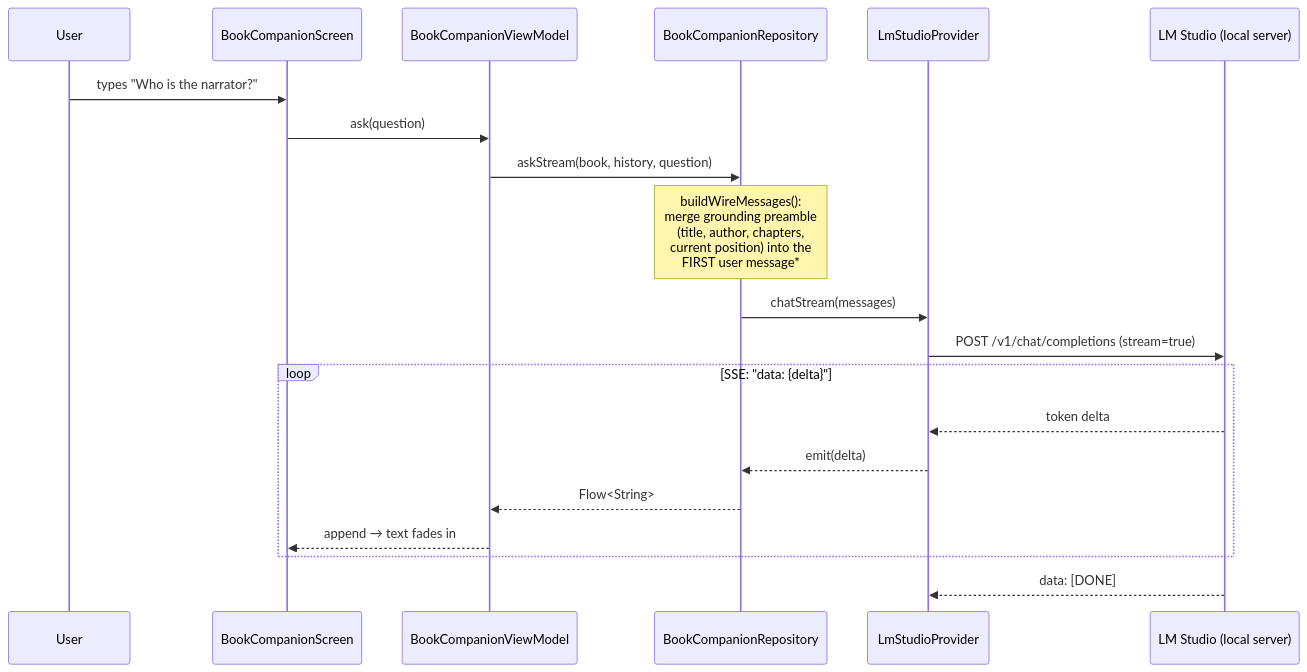
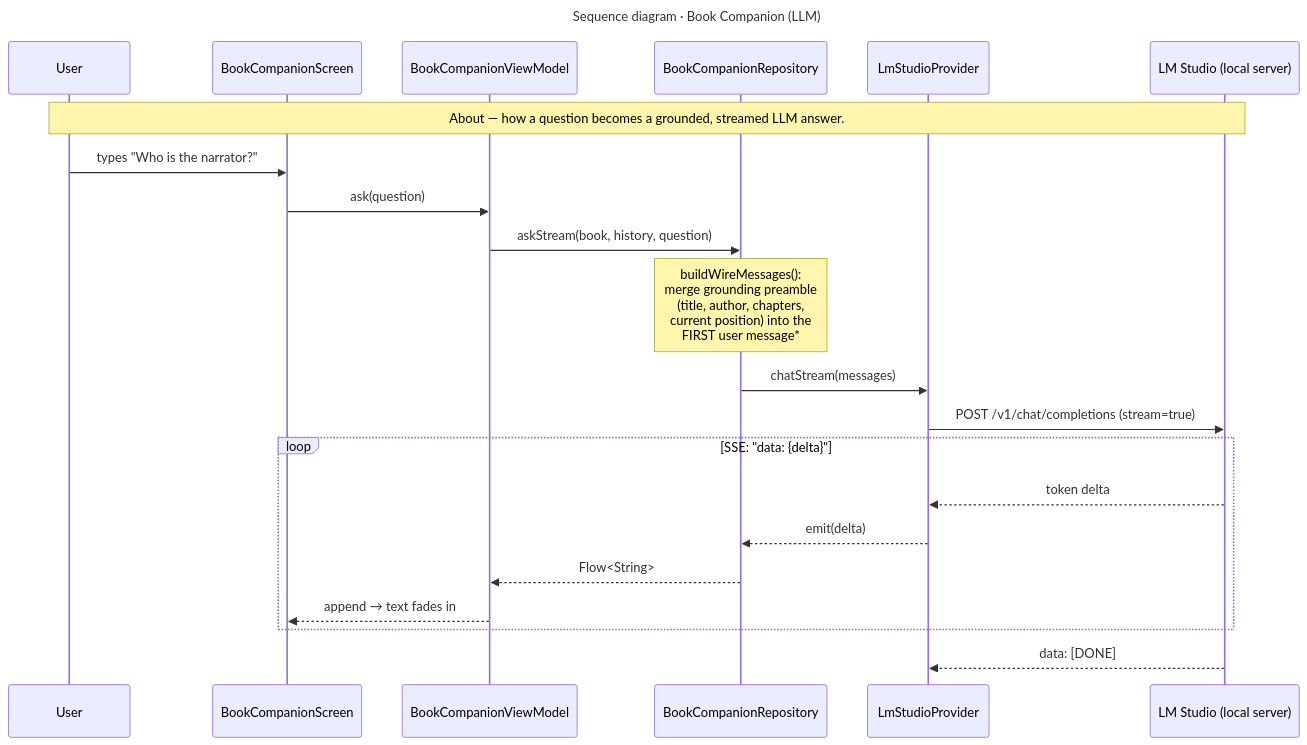
Before and after one commit to DICEsda/Mobile-Application-Development-COURSE: the fifth of 9 diagrams in Final Submission Project/ARCHITECTURE.md, drawn with Mermaid. The commit also changed other lines of this file and 9 other files, not shown here.

First line of the commit message:
docs: add in-image titles (graph type) and an About card to each diagram

````diff
--- a/Final Submission Project/ARCHITECTURE.md
+++ b/Final Submission Project/ARCHITECTURE.md
@@ -219,23 +241,27 @@
 ```mermaid
+---
+title: "Sequence diagram · Book Companion (LLM)"
+---
 sequenceDiagram
     participant U as User
     participant CS as BookCompanionScreen
     participant VM as BookCompanionViewModel
     participant Repo as BookCompanionRepository
     participant Prov as LmStudioProvider
     participant LM as LM Studio (local server)
 
+    note over U,LM: About — how a question becomes a grounded, streamed LLM answer.
     U->>CS: types "Who is the narrator?"
     CS->>VM: ask(question)
     VM->>Repo: askStream(book, history, question)
     Note over Repo: buildWireMessages():<br/>merge grounding preamble<br/>(title, author, chapters,<br/>current position) into the<br/>FIRST user message*
     Repo->>Prov: chatStream(messages)
     Prov->>LM: POST /v1/chat/completions (stream=true)
     loop SSE: "data: {delta}"
         LM-->>Prov: token delta
         Prov-->>Repo: emit(delta)
         Repo-->>VM: Flow<String>
         VM-->>CS: append → text fades in
     end
     LM-->>Prov: data: [DONE]
 ```
````
